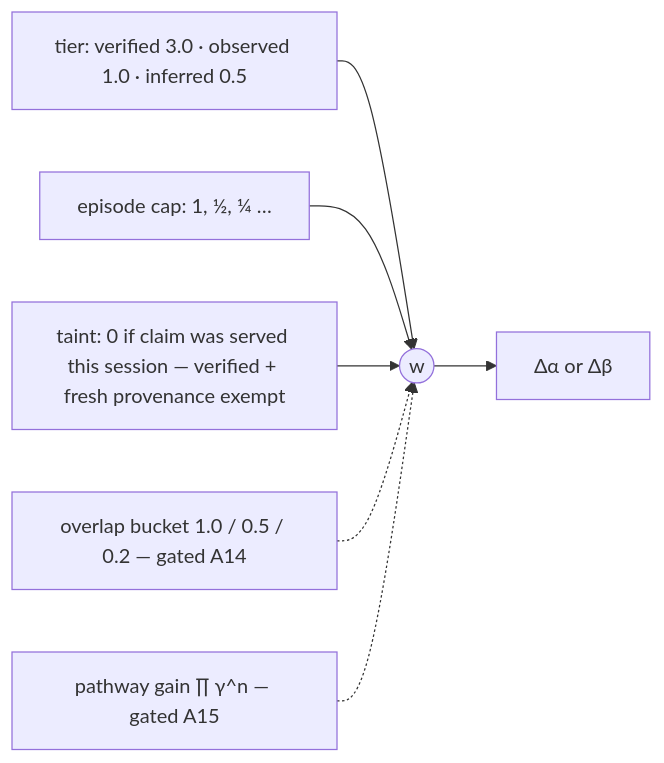
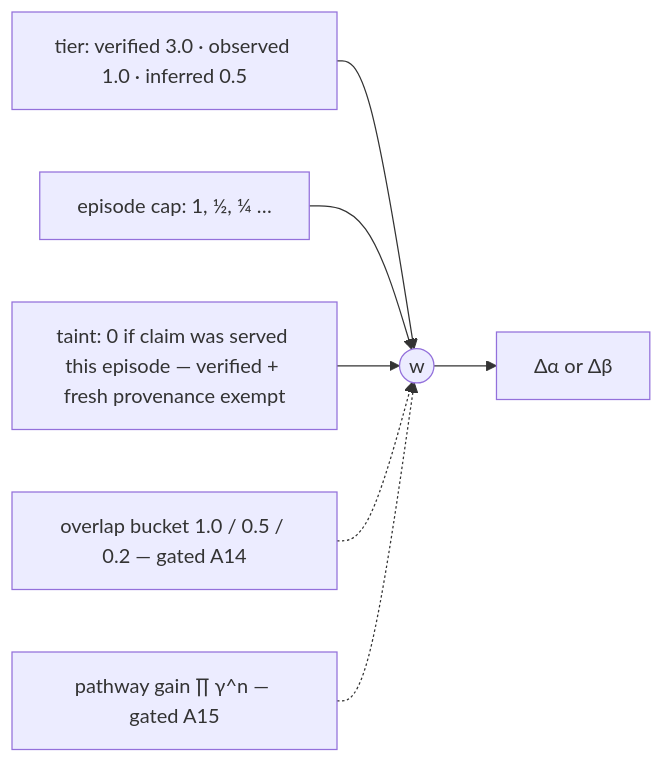
One commit to kmitch92/bayesian-knowledge-graph changed the ninth of 21 diagrams in kg-mcp-diagrams.md. Above: the diagram before and after it, drawn with Mermaid. The commit also changed other lines of this file and 2 other files, not shown here.

````diff
--- a/kg-mcp-diagrams.md
+++ b/kg-mcp-diagrams.md
@@ -307,9 +307,9 @@
 ```mermaid
 flowchart LR
   T["tier: verified 3.0 · observed 1.0 · inferred 0.5"] --> W(("w"))
   C["episode cap: 1, ½, ¼ …"] --> W
-  X["taint: 0 if claim was served this session — verified + fresh provenance exempt"] --> W
+  X["taint: 0 if claim was served this episode — verified + fresh provenance exempt"] --> W
   O["overlap bucket 1.0 / 0.5 / 0.2 — gated A14"] -.-> W
   P["pathway gain ∏ γ^n — gated A15"] -.-> W
   W --> A["Δα or Δβ"]
 ```
````
